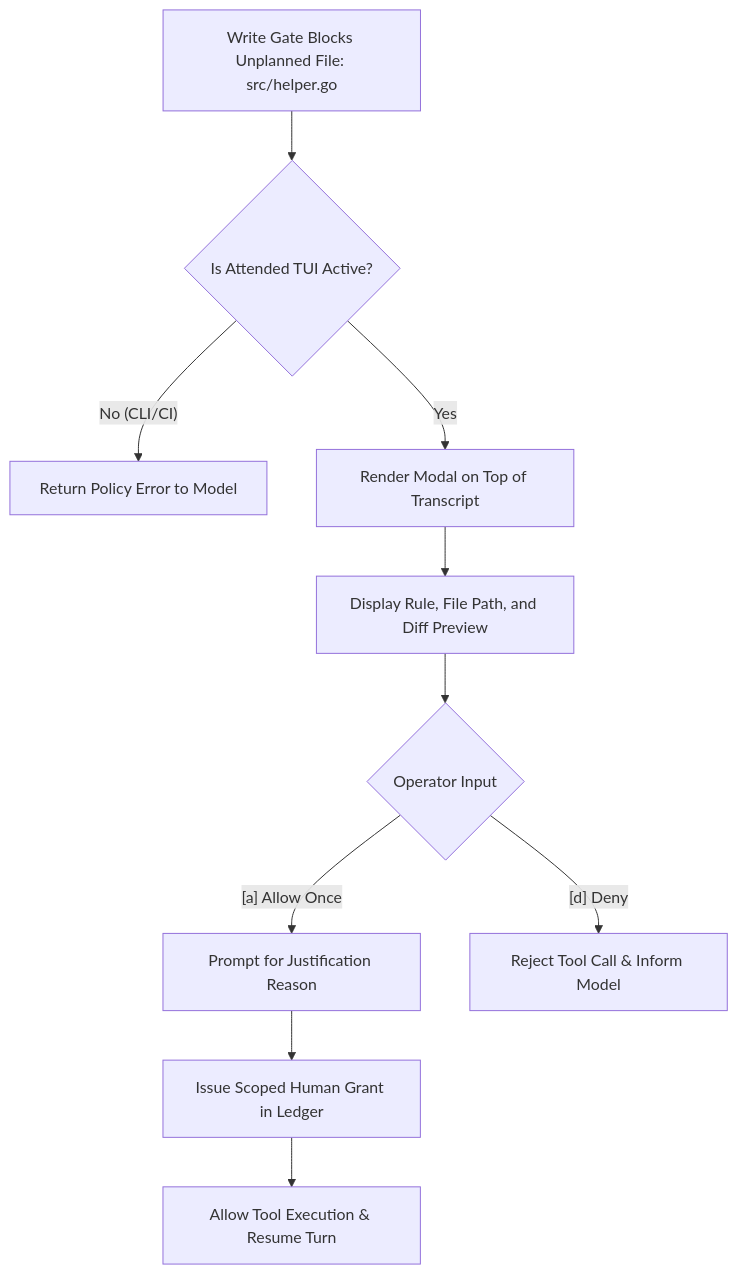
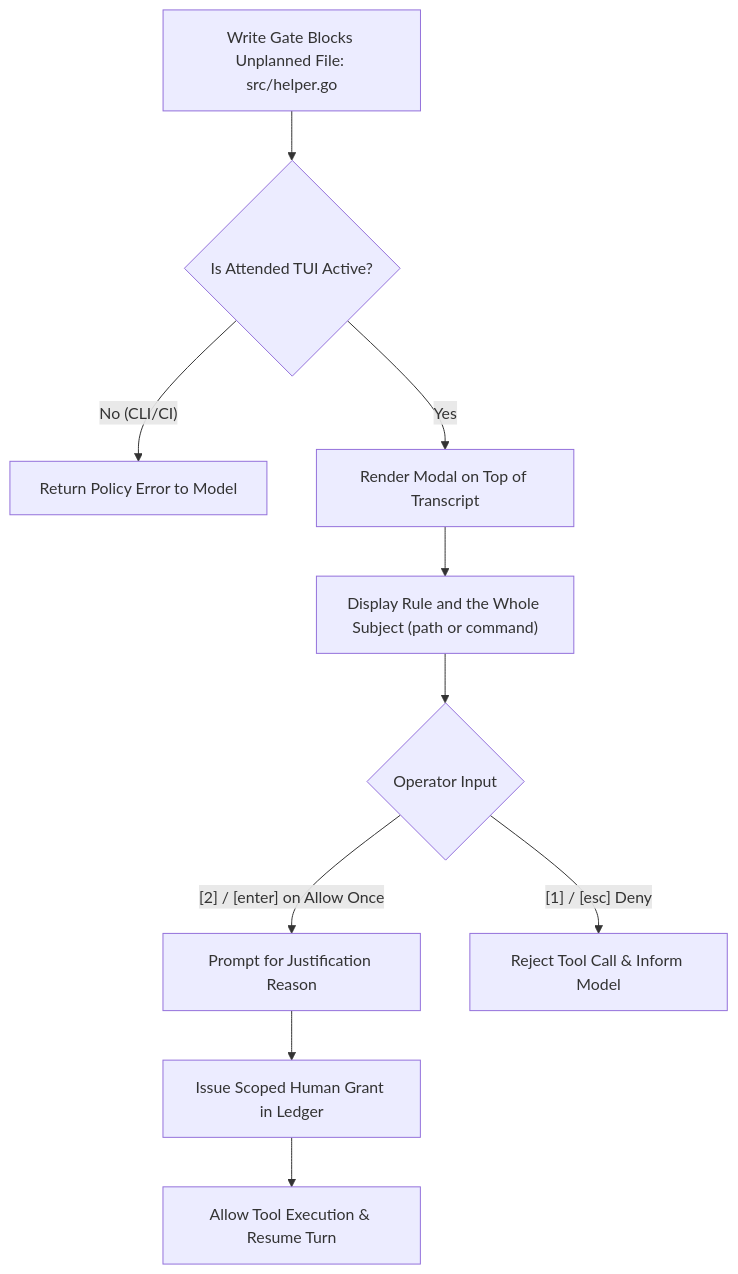
One commit to bharathvbcr/Manvi changed the seventh of 7 diagrams in docs/TUI_AND_EVENT_SUBSYSTEM.md. Above: the diagram before and after it, drawn with Mermaid. The commit also changed other lines of this file and 13 other files, not shown here.

First line of the commit message:
approval: show the whole subject, retire withdrawn cards, carry the subject kind

````diff
--- a/docs/TUI_AND_EVENT_SUBSYSTEM.md
+++ b/docs/TUI_AND_EVENT_SUBSYSTEM.md
@@ -410,14 +411,14 @@
 ```mermaid
 flowchart TD
     Block["Write Gate Blocks Unplanned File: src/helper.go"] --> CheckTUI{"Is Attended TUI Active?"}
     CheckTUI -- No (CLI/CI) --> Deny["Return Policy Error to Model"]
     CheckTUI -- Yes --> OpenModal["Render Modal on Top of Transcript"]
     
-    OpenModal --> PromptUser["Display Rule, File Path, and Diff Preview"]
+    OpenModal --> PromptUser["Display Rule and the Whole Subject (path or command)"]
     PromptUser --> Choice{"Operator Input"}
-    Choice -- [a] Allow Once --> RequestReason["Prompt for Justification Reason"]
-    Choice -- [d] Deny --> SendDeny["Reject Tool Call & Inform Model"]
+    Choice -- "[2] / [enter] on Allow Once" --> RequestReason["Prompt for Justification Reason"]
+    Choice -- "[1] / [esc] Deny" --> SendDeny["Reject Tool Call & Inform Model"]
     
     RequestReason --> IssueGrant["Issue Scoped Human Grant in Ledger"]
     IssueGrant --> ResumeExecution["Allow Tool Execution & Resume Turn"]
 ```
````
